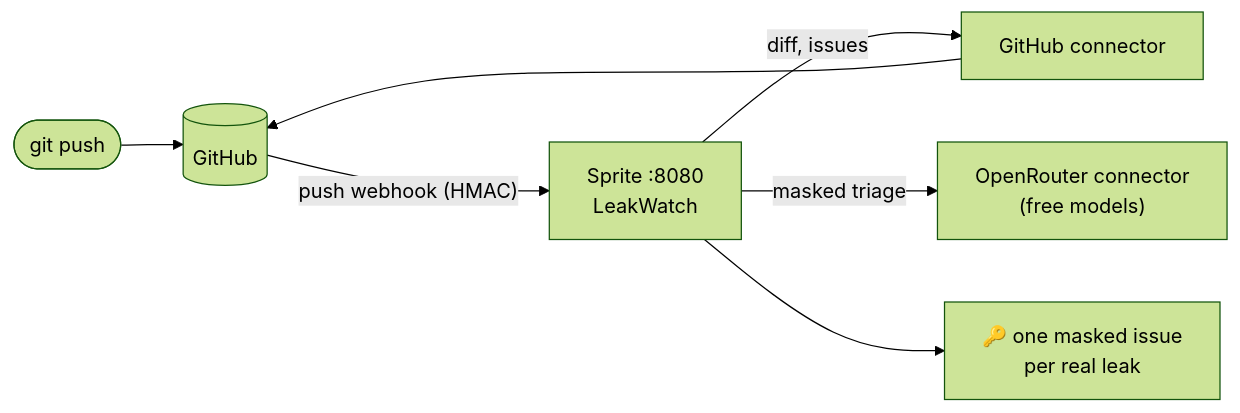
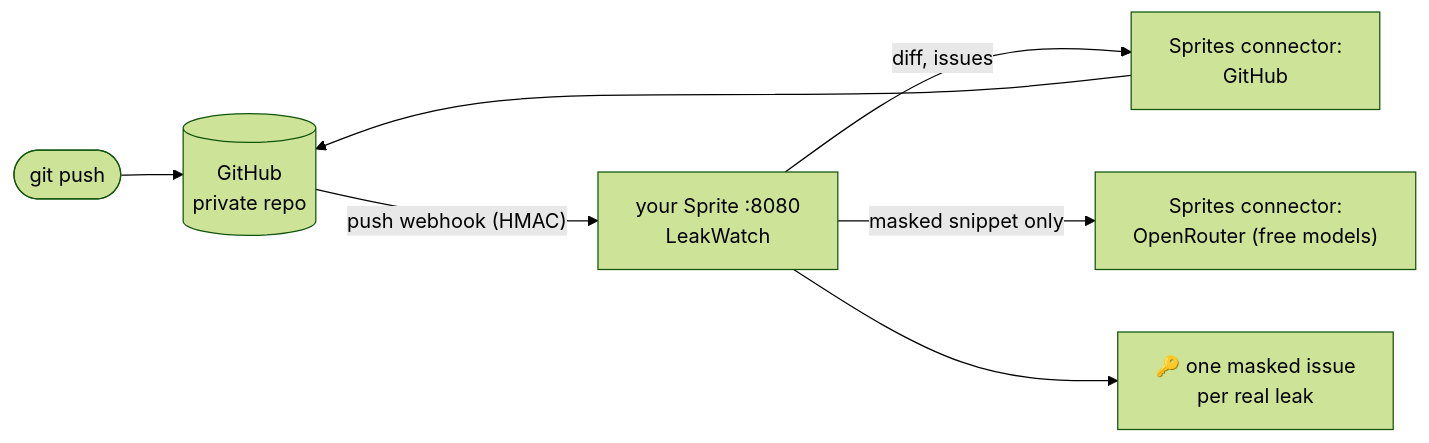
Before and after one commit to alhaiqi/leakwatch: the diagram in README.md, drawn with Mermaid (forest theme). The commit also changed other lines of this file and 8 other files, not shown here.

````diff
--- a/README.md
+++ b/README.md
@@ -14,8 +41,8 @@
 ```mermaid
 flowchart LR
-  push([git push]) --> GH[(GitHub)]
-  GH -- "push webhook (HMAC)" --> S["Sprite :8080<br/>LeakWatch"]
-  S -- "diff, issues" --> C1["GitHub connector"] --> GH
-  S -- "masked triage" --> C2["OpenRouter connector<br/>(free models)"]
+  push([git push]) --> GH[(GitHub<br/>private repo)]
+  GH -- "push webhook (HMAC)" --> S["your Sprite :8080<br/>LeakWatch"]
+  S -- "diff, issues" --> C1["Sprites connector:<br/>GitHub"] --> GH
+  S -- "masked snippet only" --> C2["Sprites connector:<br/>OpenRouter (free models)"]
   S --> I["🔑 one masked issue<br/>per real leak"]
 ```
````
